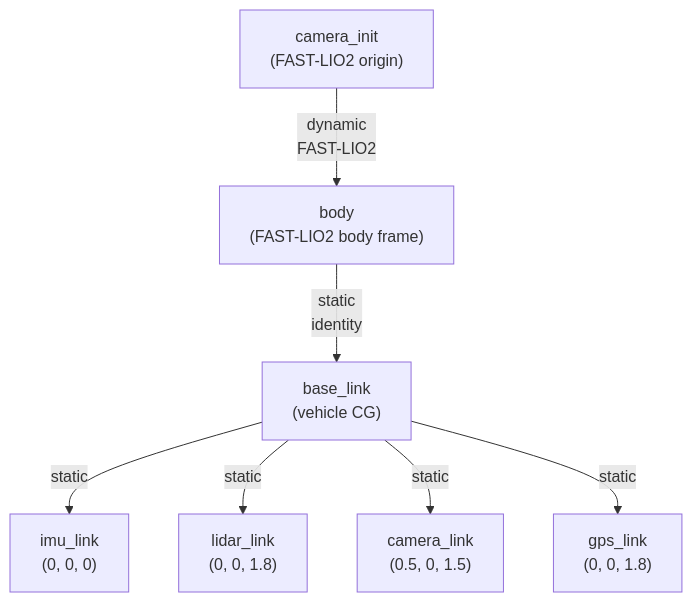
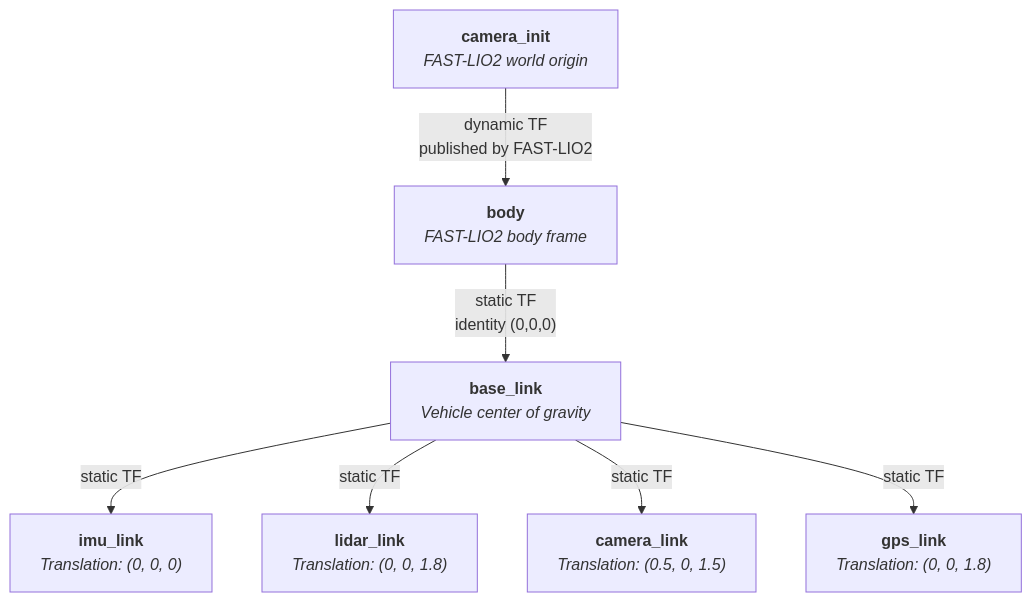
Before and after one commit to UGA-MOBILITY-LAB/lio_vio_gps_ws: the third of 3 diagrams in README.md, drawn with Mermaid. The commit also changed other lines of this file and 1 other file, not shown here.

````diff
--- a/README.md
+++ b/README.md
@@ -73,17 +134,17 @@
 ```mermaid
 graph TD
-    CI["camera_init<br/>(FAST-LIO2 origin)"]
-    BD["body<br/>(FAST-LIO2 body frame)"]
-    BL["base_link<br/>(vehicle CG)"]
-    IL["imu_link<br/>(0, 0, 0)"]
-    LL["lidar_link<br/>(0, 0, 1.8)"]
-    CL["camera_link<br/>(0.5, 0, 1.5)"]
-    GL["gps_link<br/>(0, 0, 1.8)"]
+    CI["<b>camera_init</b><br/><i>FAST-LIO2 world origin</i>"]
+    BD["<b>body</b><br/><i>FAST-LIO2 body frame</i>"]
+    BL["<b>base_link</b><br/><i>Vehicle center of gravity</i>"]
+    IL["<b>imu_link</b><br/><i>Translation: (0, 0, 0)</i>"]
+    LL["<b>lidar_link</b><br/><i>Translation: (0, 0, 1.8)</i>"]
+    CL["<b>camera_link</b><br/><i>Translation: (0.5, 0, 1.5)</i>"]
+    GL["<b>gps_link</b><br/><i>Translation: (0, 0, 1.8)</i>"]
 
-    CI -->|"dynamic<br/>FAST-LIO2"| BD
-    BD -->|"static<br/>identity"| BL
-    BL -->|"static"| IL
-    BL -->|"static"| LL
-    BL -->|"static"| CL
-    BL -->|"static"| GL
+    CI -->|"dynamic TF<br/>published by FAST-LIO2"| BD
+    BD -->|"static TF<br/>identity (0,0,0)"| BL
+    BL -->|"static TF"| IL
+    BL -->|"static TF"| LL
+    BL -->|"static TF"| CL
+    BL -->|"static TF"| GL
 ```
````
